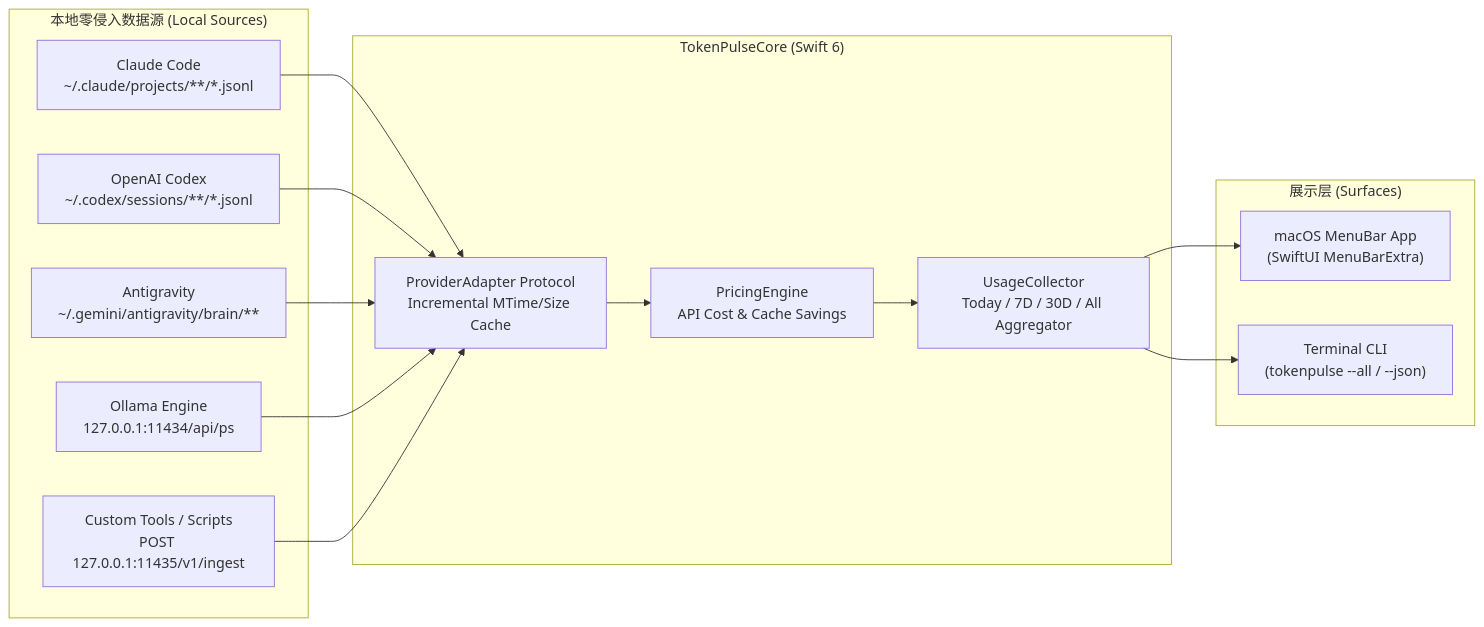
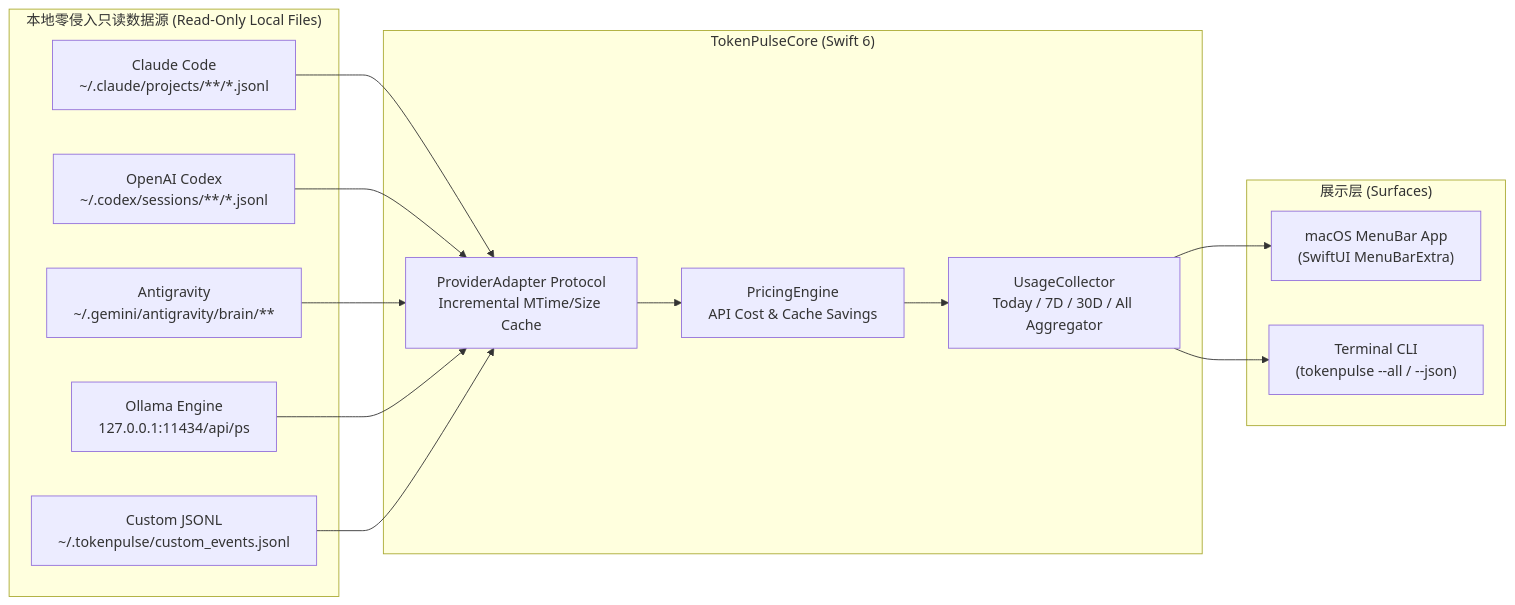
The diagram in README.md (leeeway/TokenPulse), drawn with Mermaid before and after one commit. The commit also changed other lines of this file and 6 other files, not shown here.

Commit message:
refactor & docs: remove misleading ProxyServer/Gateway port 11435 and enforce 100% read-only local architecture

````diff
--- a/README.md
+++ b/README.md
@@ -48,25 +47,25 @@
 ```mermaid
 flowchart LR
-    subgraph LocalLogs["本地零侵入数据源 (Local Sources)"]
+    subgraph LocalLogs["本地零侵入只读数据源 (Read-Only Local Files)"]
         CC["Claude Code\n~/.claude/projects/**/*.jsonl"]
         CX["OpenAI Codex\n~/.codex/sessions/**/*.jsonl"]
         AG["Antigravity\n~/.gemini/antigravity/brain/**"]
         OL["Ollama Engine\n127.0.0.1:11434/api/ps"]
-        GW["Custom Tools / Scripts\nPOST 127.0.0.1:11435/v1/ingest"]
+        CF["Custom JSONL\n~/.tokenpulse/custom_events.jsonl"]
     end
 
     subgraph Core["TokenPulseCore (Swift 6)"]
         AD["ProviderAdapter Protocol\nIncremental MTime/Size Cache"]
         PE["PricingEngine\nAPI Cost & Cache Savings"]
         UC["UsageCollector\nToday / 7D / 30D / All Aggregator"]
     end
 
     subgraph Surfaces["展示层 (Surfaces)"]
         MB["macOS MenuBar App\n(SwiftUI MenuBarExtra)"]
         CLI["Terminal CLI\n(tokenpulse --all / --json)"]
     end
 
-    CC & CX & AG & OL & GW --> AD
+    CC & CX & AG & OL & CF --> AD
     AD --> PE --> UC
     UC --> MB & CLI
 ```
````
